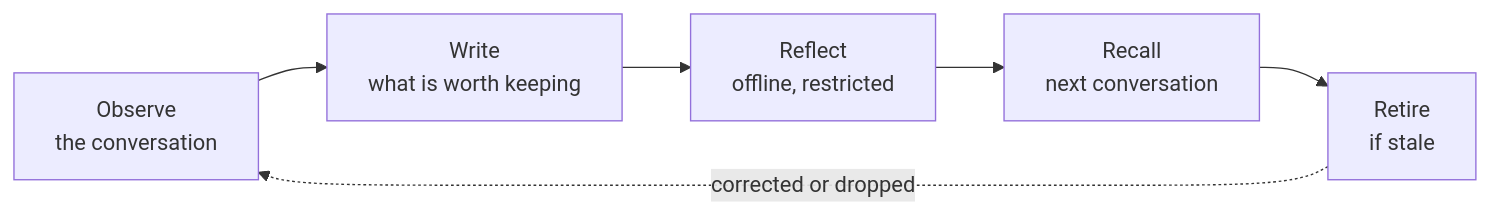
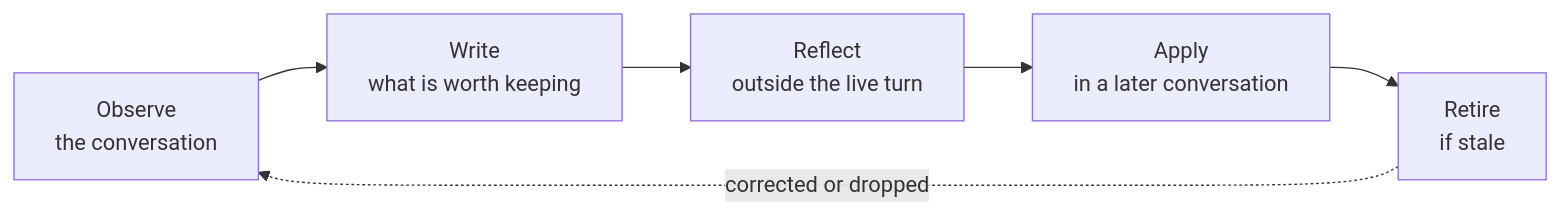
Before and after one commit to microsoft/mcscatblog: the third of 3 diagrams in _posts/2026-08-01-agent-memory.md, drawn with Mermaid. The commit also changed other lines of this file, not shown here.

````diff
--- a/_posts/2026-08-01-agent-memory.md
+++ b/_posts/2026-08-01-agent-memory.md
@@ -116,8 +124,8 @@
 ```mermaid
 flowchart LR
     O["Observe<br/>the conversation"] --> W["Write<br/>what is worth keeping"]
-    W --> R["Reflect<br/>offline, restricted"]
-    R --> C["Recall<br/>next conversation"]
+    W --> R["Reflect<br/>outside the live turn"]
+    R --> C["Apply<br/>in a later conversation"]
     C --> T["Retire<br/>if stale"]
     T -. "corrected or dropped" .-> O
 ```
````
